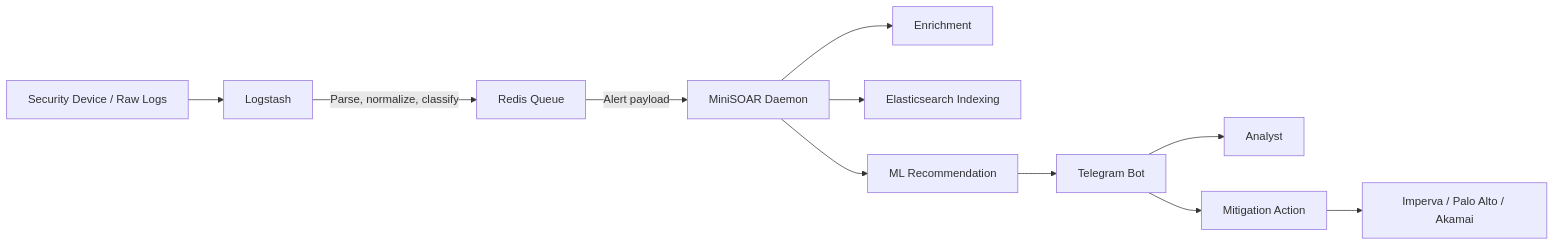
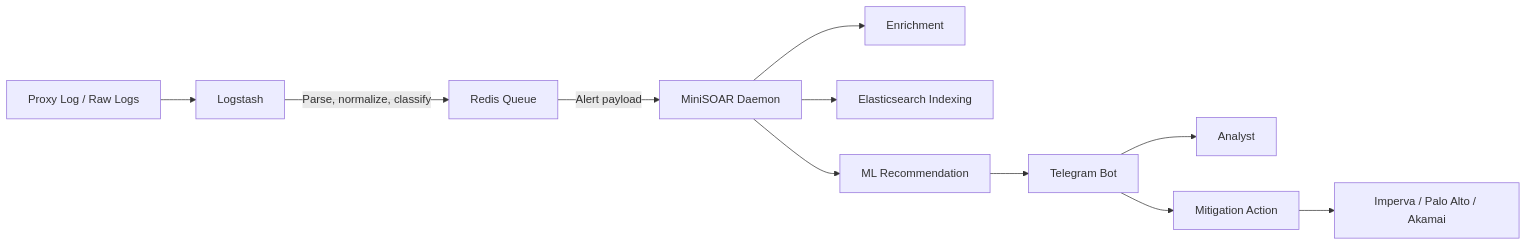
The diagram in Readme.md (one-b1t/Mini-SOAR), drawn with Mermaid before and after one commit.

Commit message:
Update Readme.md
update log source on architecture

````diff
--- a/Readme.md
+++ b/Readme.md
@@ -76,13 +76,13 @@
 ```mermaid
 flowchart LR
-    A[Security Device / Raw Logs] --> B[Logstash]
+    A[Proxy Log / Raw Logs] --> B[Logstash]
     B -->|Parse, normalize, classify| C[Redis Queue]
     C -->|Alert payload| D[MiniSOAR Daemon]
     D --> E[Enrichment]
     D --> F[Elasticsearch Indexing]
     D --> G[ML Recommendation]
     G --> H[Telegram Bot]
     H --> I[Analyst]
     H --> J[Mitigation Action]
     J --> K[Imperva / Palo Alto / Akamai]
 ```
````
